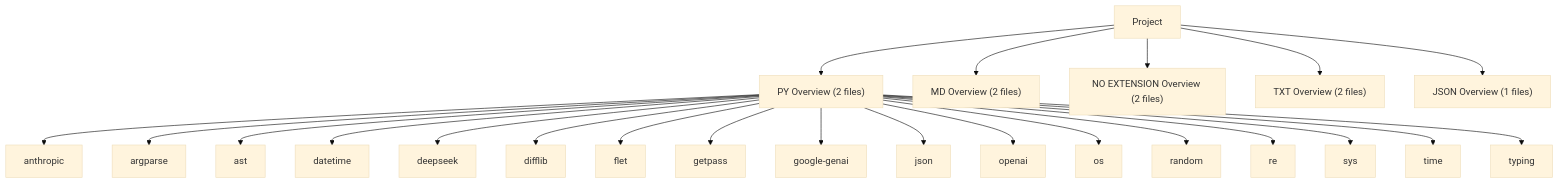
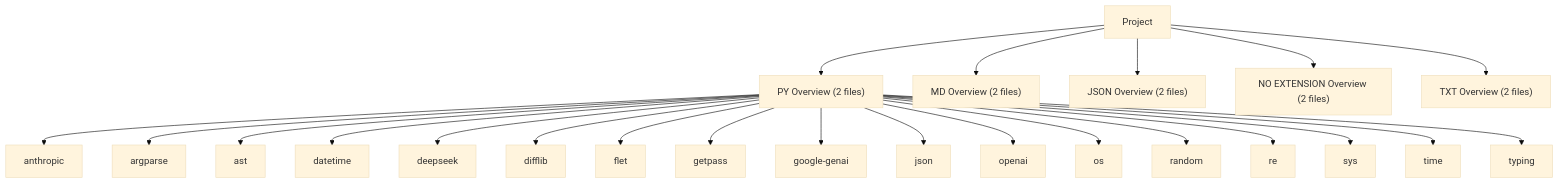
One commit to lystwork/ndaversis changed the second of 7 diagrams in readme.md. Above: the diagram before and after it, drawn with Mermaid (base theme). The commit also changed other lines of this file and 3 other files, not shown here.

````diff
--- a/readme.md
+++ b/readme.md
@@ -272,25 +272,25 @@
 ```mermaid
 graph TD
     Project --> lang_PY["PY Overview (2 files)"]
     lang_PY --> dep_anthropic["anthropic"]
     lang_PY --> dep_argparse["argparse"]
     lang_PY --> dep_ast["ast"]
     lang_PY --> dep_datetime["datetime"]
     lang_PY --> dep_deepseek["deepseek"]
     lang_PY --> dep_difflib["difflib"]
     lang_PY --> dep_flet["flet"]
     lang_PY --> dep_getpass["getpass"]
     lang_PY --> dep_google_genai["google-genai"]
     lang_PY --> dep_json["json"]
     lang_PY --> dep_openai["openai"]
     lang_PY --> dep_os["os"]
     lang_PY --> dep_random["random"]
     lang_PY --> dep_re["re"]
     lang_PY --> dep_sys["sys"]
     lang_PY --> dep_time["time"]
     lang_PY --> dep_typing["typing"]
     Project --> lang_MD["MD Overview (2 files)"]
+    Project --> lang_JSON["JSON Overview (2 files)"]
     Project --> lang_NO_EXTENSION["NO EXTENSION Overview (2 files)"]
     Project --> lang_TXT["TXT Overview (2 files)"]
-    Project --> lang_JSON["JSON Overview (1 files)"]
 ```
````
